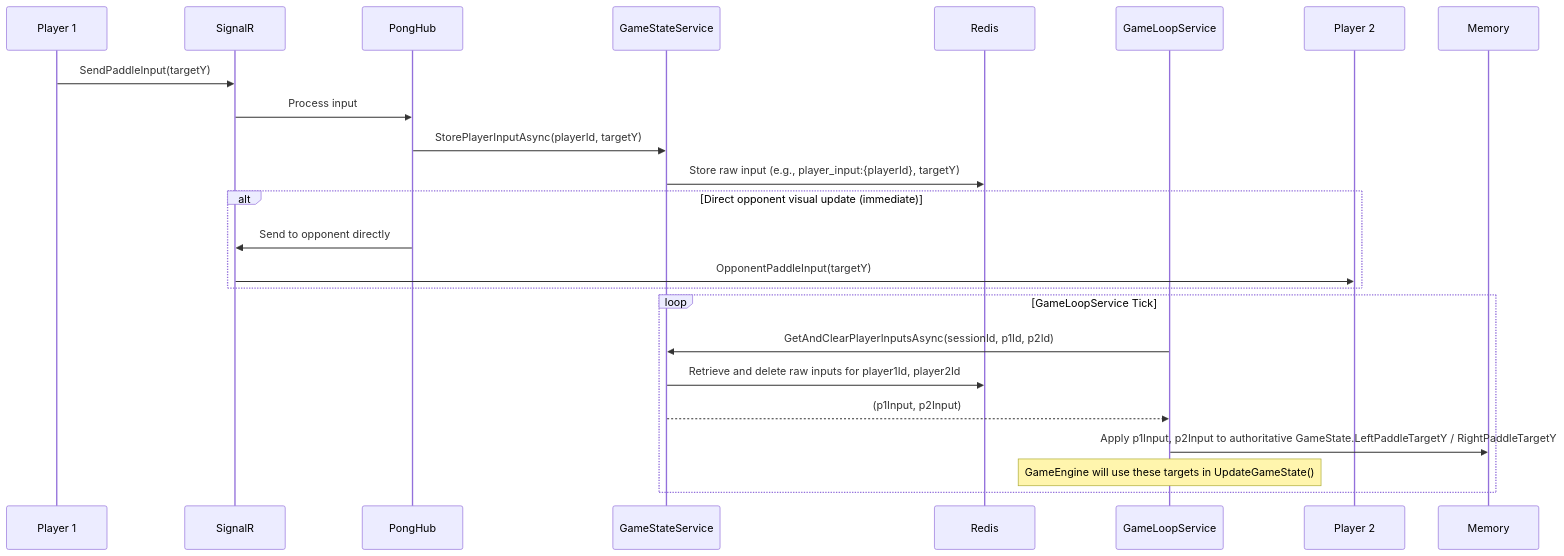
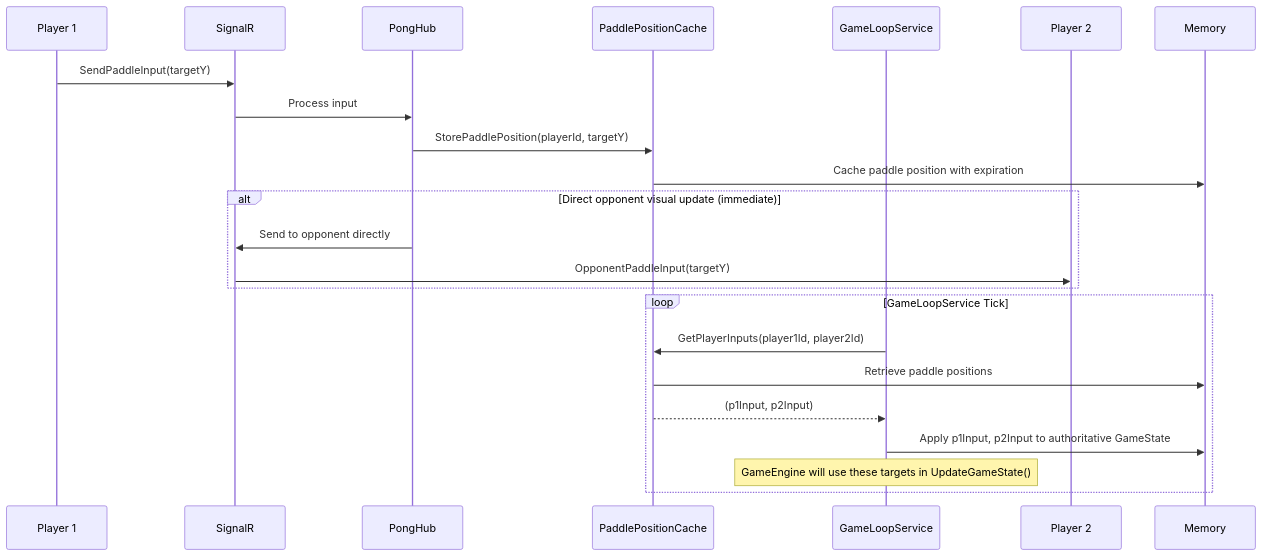
One commit to rmoreirao/AzureOnlinePongGame changed the third of 4 diagrams in SYSTEM_DESIGN.md. Above: the diagram before and after it, drawn with Mermaid. The commit also changed other lines of this file and 1 other file, not shown here.

Commit message:
refactor: Remove GameSessionCache service to streamline session management

````diff
--- a/SYSTEM_DESIGN.md
+++ b/SYSTEM_DESIGN.md
@@ -164,29 +170,28 @@
 ```mermaid
 sequenceDiagram
     participant Client1 as Player 1
     participant SignalR
     participant PongHub
-    participant GameStateService
-    participant Redis
+    participant PaddlePositionCache
     participant GameLoopService
     participant Client2 as Player 2
     
     Client1->>SignalR: SendPaddleInput(targetY)
     SignalR->>PongHub: Process input
     
-    PongHub->>GameStateService: StorePlayerInputAsync(playerId, targetY)
-    GameStateService->>Redis: Store raw input (e.g., player_input:{playerId}, targetY)
+    PongHub->>PaddlePositionCache: StorePaddlePosition(playerId, targetY)
+    PaddlePositionCache->>Memory: Cache paddle position with expiration
     
     alt Direct opponent visual update (immediate)
         PongHub->>SignalR: Send to opponent directly
         SignalR->>Client2: OpponentPaddleInput(targetY)
     end
     
     loop GameLoopService Tick
-        GameLoopService->>GameStateService: GetAndClearPlayerInputsAsync(sessionId, p1Id, p2Id)
-        GameStateService->>Redis: Retrieve and delete raw inputs for player1Id, player2Id
-        GameStateService-->>GameLoopService: (p1Input, p2Input)
-        GameLoopService->>Memory: Apply p1Input, p2Input to authoritative GameState.LeftPaddleTargetY / RightPaddleTargetY
+        GameLoopService->>PaddlePositionCache: GetPlayerInputs(player1Id, player2Id)
+        PaddlePositionCache->>Memory: Retrieve paddle positions
+        PaddlePositionCache-->>GameLoopService: (p1Input, p2Input)
+        GameLoopService->>Memory: Apply p1Input, p2Input to authoritative GameState
         Note over GameLoopService: GameEngine will use these targets in UpdateGameState()
     end
 ```
````
